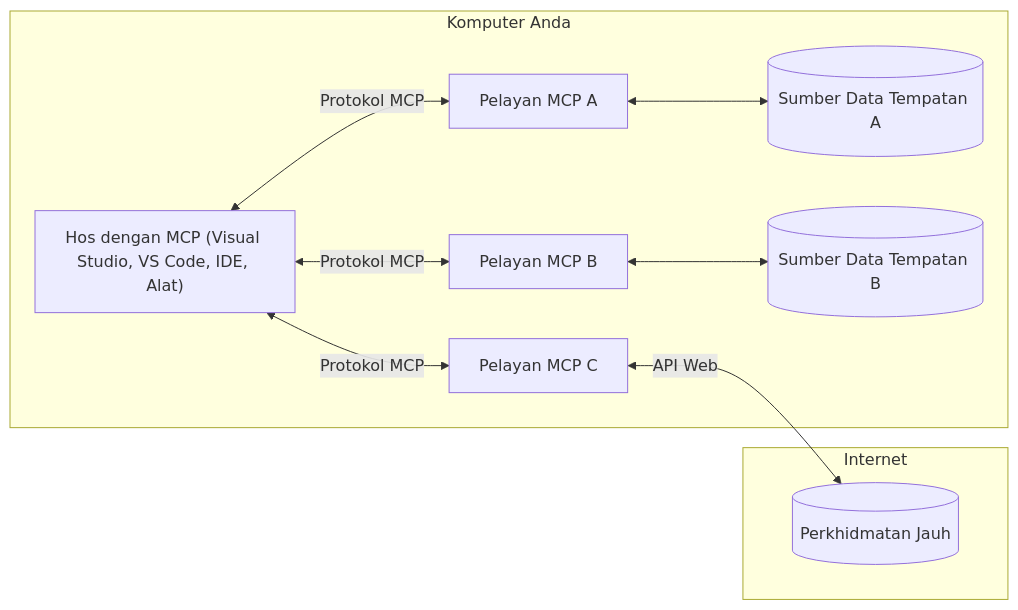
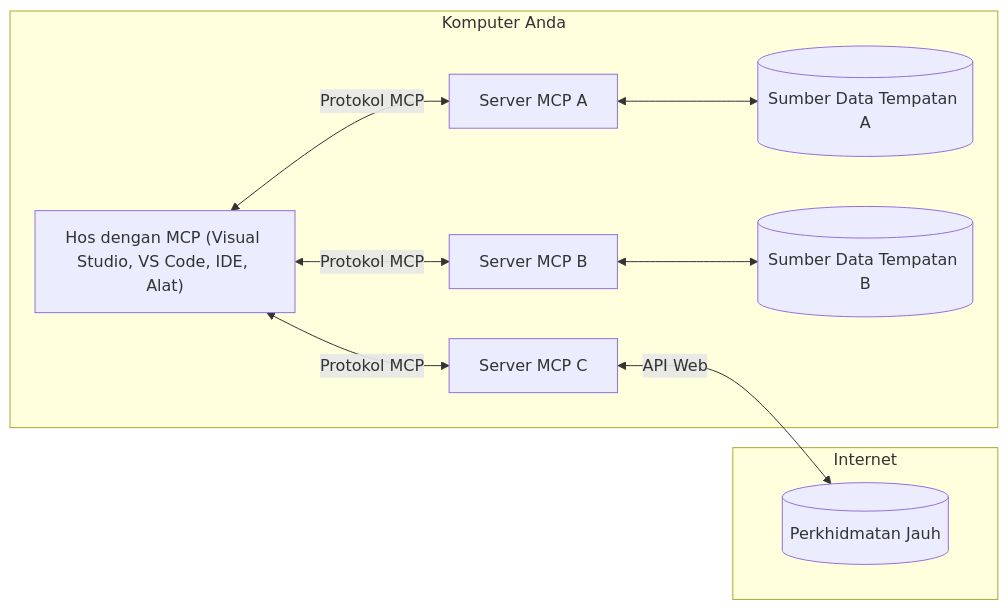
Before and after one commit to Mu-L/mcp-for-beginners: the diagram in translations/ms/01-CoreConcepts/README.md, drawn with Mermaid. The commit also changed other lines of this file and 5 other files, not shown here.

````diff
--- a/translations/ms/01-CoreConcepts/README.md
+++ b/translations/ms/01-CoreConcepts/README.md
@@ -45,17 +45,17 @@
 ```mermaid
 flowchart LR
     subgraph "Komputer Anda"
         Host["Hos dengan MCP (Visual Studio, VS Code, IDE, Alat)"]
-        S1["Pelayan MCP A"]
-        S2["Pelayan MCP B"]
-        S3["Pelayan MCP C"]
+        S1["Server MCP A"]
+        S2["Server MCP B"]
+        S3["Server MCP C"]
         Host <-->|"Protokol MCP"| S1
         Host <-->|"Protokol MCP"| S2
         Host <-->|"Protokol MCP"| S3
         S1 <--> D1[("Sumber Data Tempatan A")]
         S2 <--> D2[("Sumber Data Tempatan B")]
     end
     subgraph "Internet"
         S3 <-->|"API Web"| D3[("Perkhidmatan Jauh")]
     end
 ```
````
